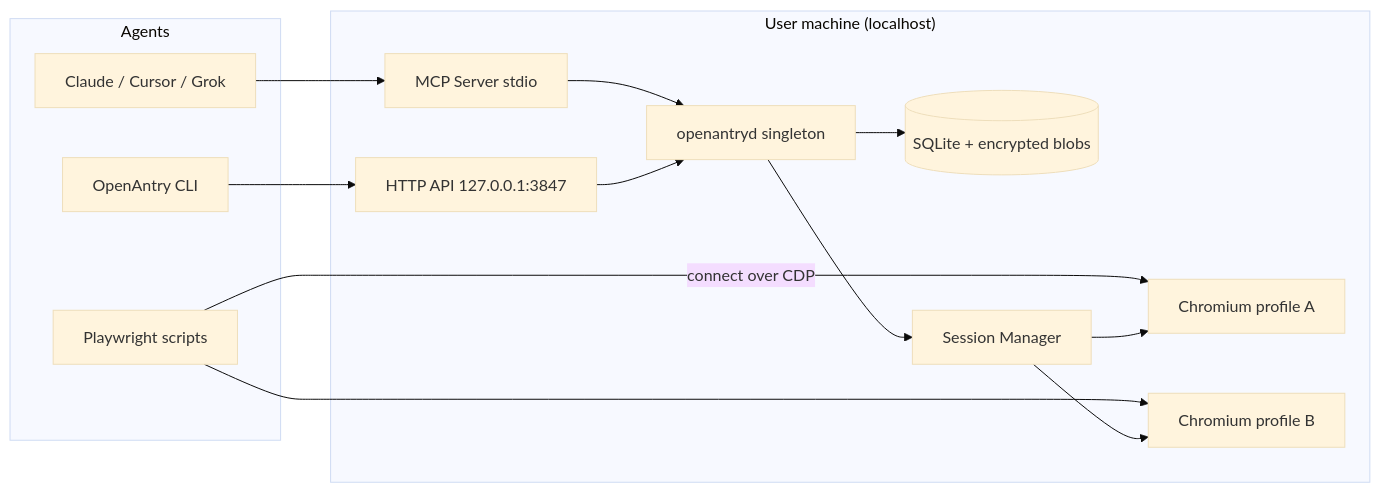
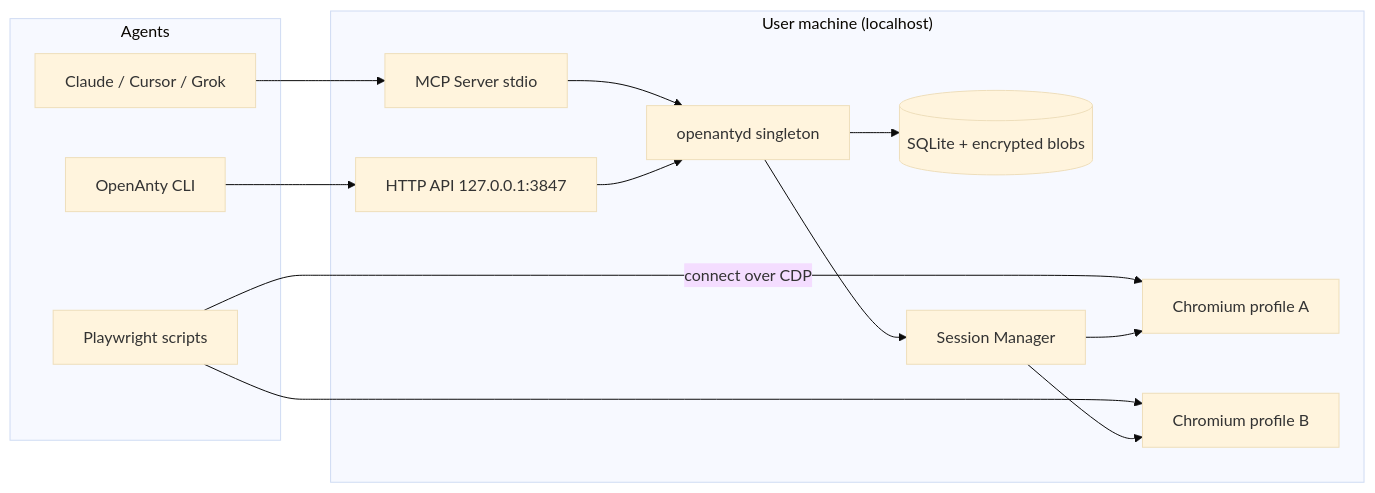
Before and after one commit to LoganOneal/OpenAnty: the first of 4 diagrams in DESIGN.md, drawn with Mermaid (base theme). The commit also changed other lines of this file and 73 other files, not shown here.

First line of the commit message:
refactor: rename Open Antry to Open Anty

````diff
--- a/DESIGN.md
+++ b/DESIGN.md
@@ -372,29 +372,29 @@
 ```mermaid
 flowchart LR
   subgraph Agents
     Claude[Claude / Cursor / Grok]
     Script[Playwright scripts]
-    CLI[OpenAntry CLI]
+    CLI[OpenAnty CLI]
   end
 
   subgraph Host["User machine (localhost)"]
     MCP[MCP Server stdio]
     REST[HTTP API 127.0.0.1:3847]
-    Daemon[openantryd singleton]
+    Daemon[openantyd singleton]
     DB[(SQLite + encrypted blobs)]
     SM[Session Manager]
     B1[Chromium profile A]
     B2[Chromium profile B]
   end
 
   Claude --> MCP
   CLI --> REST
   Script -->|connect over CDP| B1
   Script --> B2
   MCP --> Daemon
   REST --> Daemon
   Daemon --> DB
   Daemon --> SM
   SM --> B1
   SM --> B2
 ```
````
